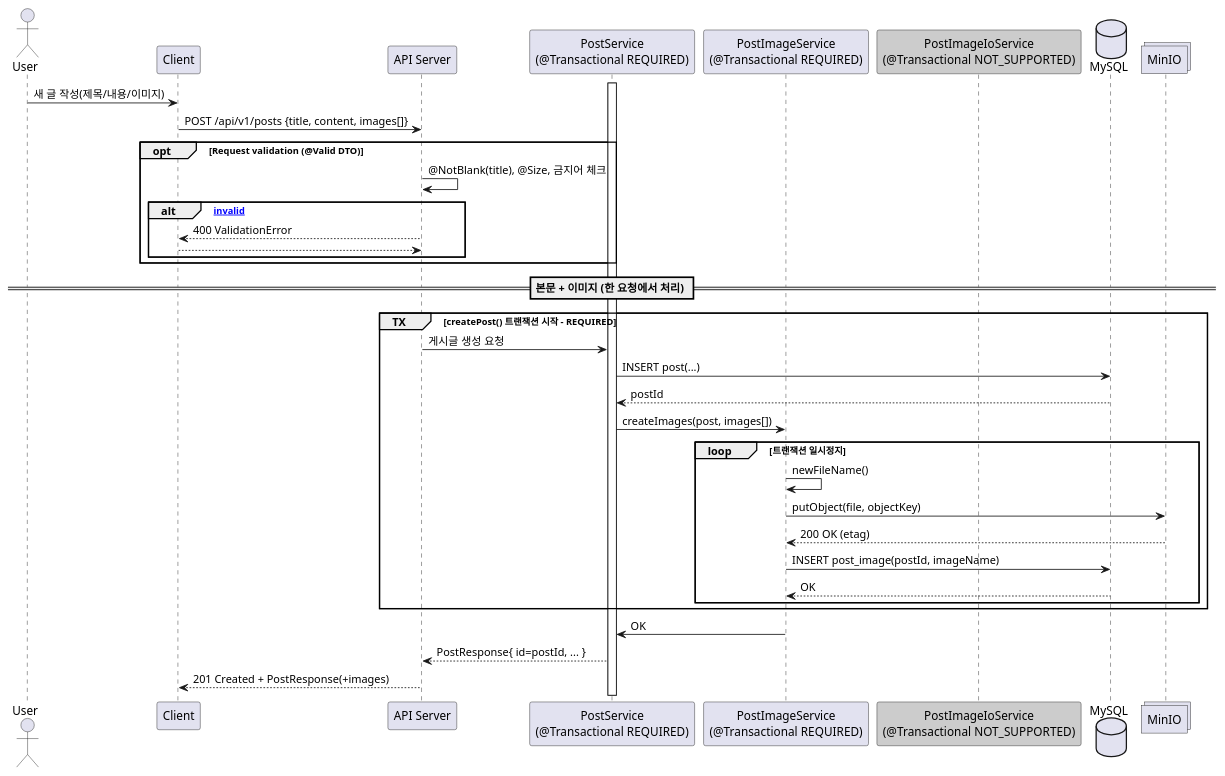
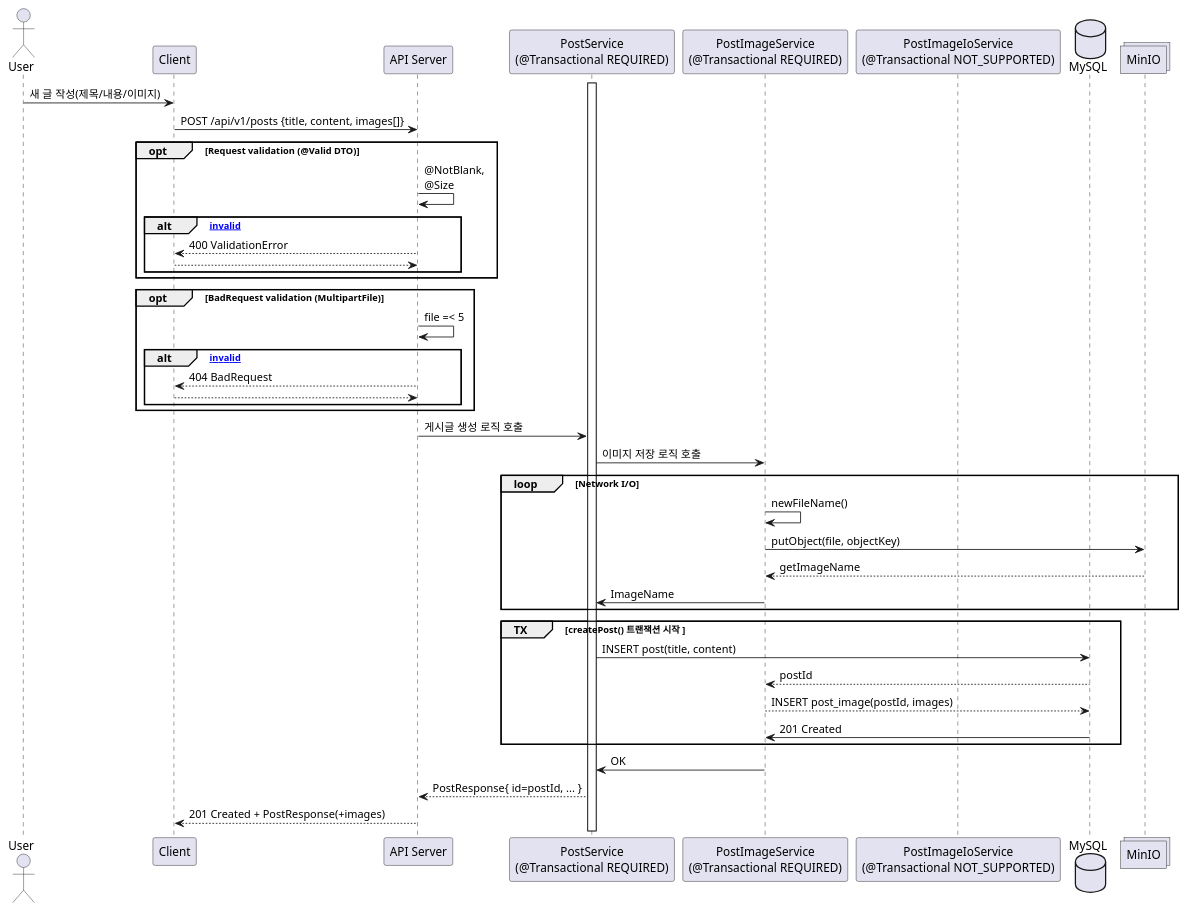
The diagram in backend/src/main/java/project/personalproject/domain/post/post/service/createPost.puml (HyeonSeongIM/PersonalProject), drawn with PlantUML before and after one commit. The commit also changed 4 other files, not shown here.

```diff
--- a/backend/src/main/java/project/personalproject/domain/post/post/service/createPost.puml
+++ b/backend/src/main/java/project/personalproject/domain/post/post/service/createPost.puml
@@ -1,45 +1,53 @@
 @startuml
 actor User as U
 participant "Client" as C
 participant "API Server" as S
 participant "PostService\n(@Transactional REQUIRED)" as PS
 participant "PostImageService\n(@Transactional REQUIRED)" as PIS
-participant "PostImageIoService\n(@Transactional NOT_SUPPORTED)" as PIO #CCCCCC
+participant "PostImageIoService\n(@Transactional NOT_SUPPORTED)" as PIO
 database "MySQL" as DB
 collections "MinIO" as M
 
 U -> C: 새 글 작성(제목/내용/이미지)
 C -> S: POST /api/v1/posts {title, content, images[]}
 
 opt Request validation (@Valid DTO)
-  S -> S: @NotBlank(title), @Size, 금지어 체크
+  S -> S: @NotBlank, \n@Size
   alt [invalid]
     S --> C: 400 ValidationError
     return
   end
 end
 
-== 본문 + 이미지 (한 요청에서 처리) ==
-group TX[createPost() 트랜잭션 시작 - REQUIRED]
-  activate PS
-  S -> PS: 게시글 생성 요청
+opt BadRequest validation (MultipartFile)
+  S -> S: file =< 5
+  alt [invalid]
+    S --> C: 404 BadRequest
+    return
+  end
+end
 
-  PS -> DB: INSERT post(...)
-  DB --> PS: postId
+S -> PS : 게시글 생성 로직 호출
+PS -> PIS: 이미지 저장 로직 호출
 
-  PS -> PIS: createImages(post, images[])
-
-  loop 트랜잭션 일시정지
+  loop Network I/O
     PIS -> PIS: newFileName()
     PIS -> M: putObject(file, objectKey)
-    M --> PIS: 200 OK (etag)
-    PIS -> DB: INSERT post_image(postId, imageName)
-    DB --> PIS: OK
+    M --> PIS: getImageName
+    PIS -> PS: ImageName
   end
+
+group TX[createPost() 트랜잭션 시작 ]
+  activate PS
+
+  PS -> DB: INSERT post(title, content)
+  DB --> PIS: postId
+  PIS --> DB: INSERT post_image(postId, images)
+  DB -> PIS: 201 Created
 end
 
     PIS -> PS: OK
     PS --> S: PostResponse{ id=postId, ... }
 
 S --> C: 201 Created + PostResponse(+images)
 @enduml
```
